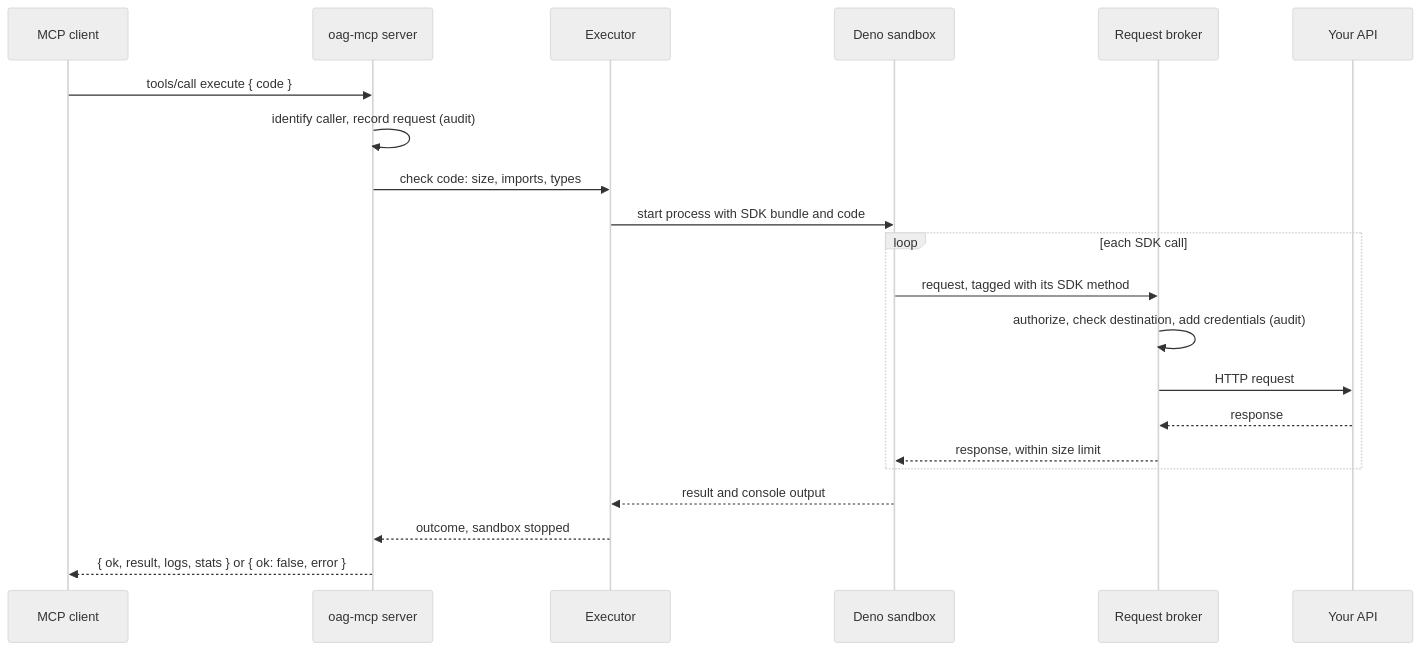
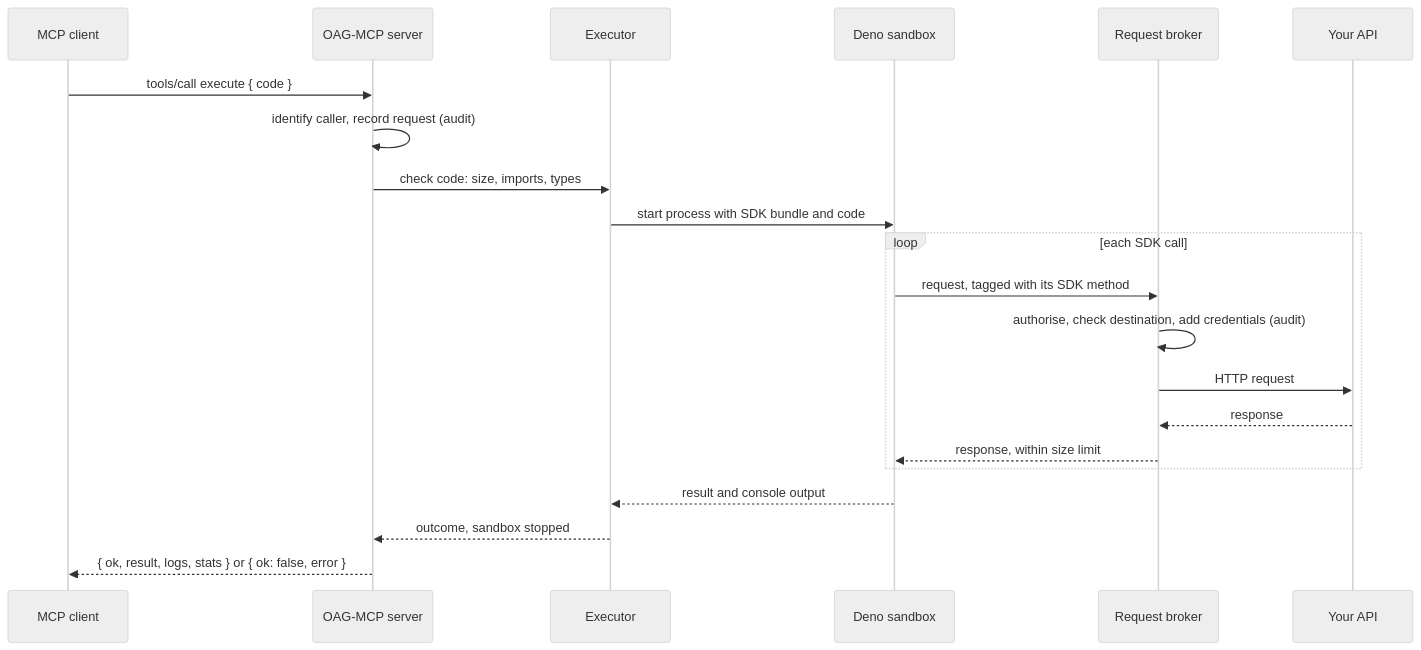
The fourth of 4 diagrams in docs/architecture.md (oapicf/oag-mcp), drawn with Mermaid (neutral theme) before and after one commit. The commit also changed other lines of this file and 24 other files, not shown here.

````diff
--- a/docs/architecture.md
+++ b/docs/architecture.md
@@ -141,24 +141,24 @@
 ```mermaid
 sequenceDiagram
   participant C as MCP client
-  participant S as oag-mcp server
+  participant S as OAG-MCP server
   participant E as Executor
   participant D as Deno sandbox
   participant B as Request broker
   participant A as Your API
 
   C->>S: tools/call execute { code }
   S->>S: identify caller, record request (audit)
   S->>E: check code: size, imports, types
   E->>D: start process with SDK bundle and code
   loop each SDK call
     D->>B: request, tagged with its SDK method
-    B->>B: authorize, check destination, add credentials (audit)
+    B->>B: authorise, check destination, add credentials (audit)
     B->>A: HTTP request
     A-->>B: response
     B-->>D: response, within size limit
   end
   D-->>E: result and console output
   E-->>S: outcome, sandbox stopped
   S-->>C: { ok, result, logs, stats } or { ok: false, error }
 ```
````
